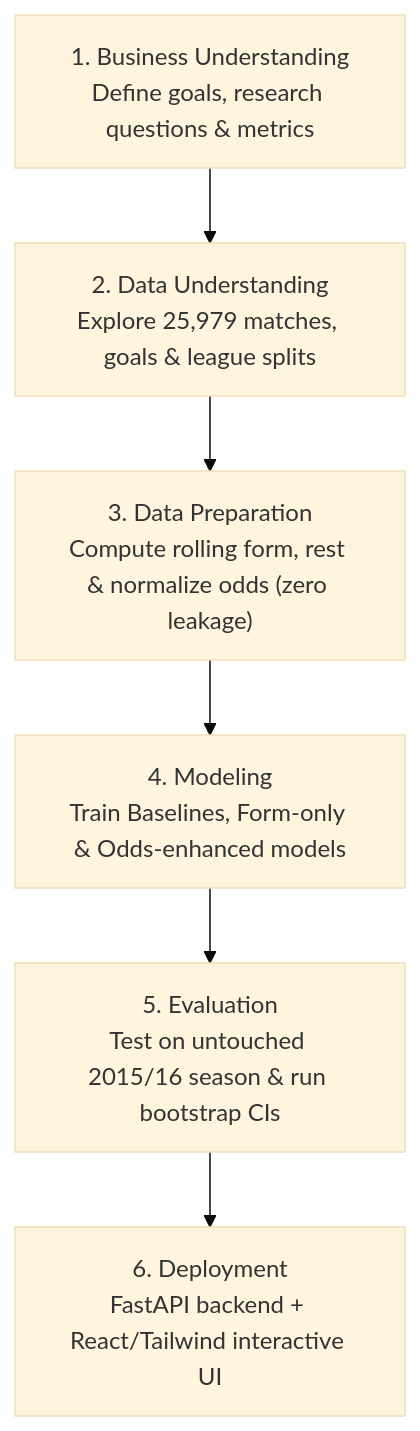
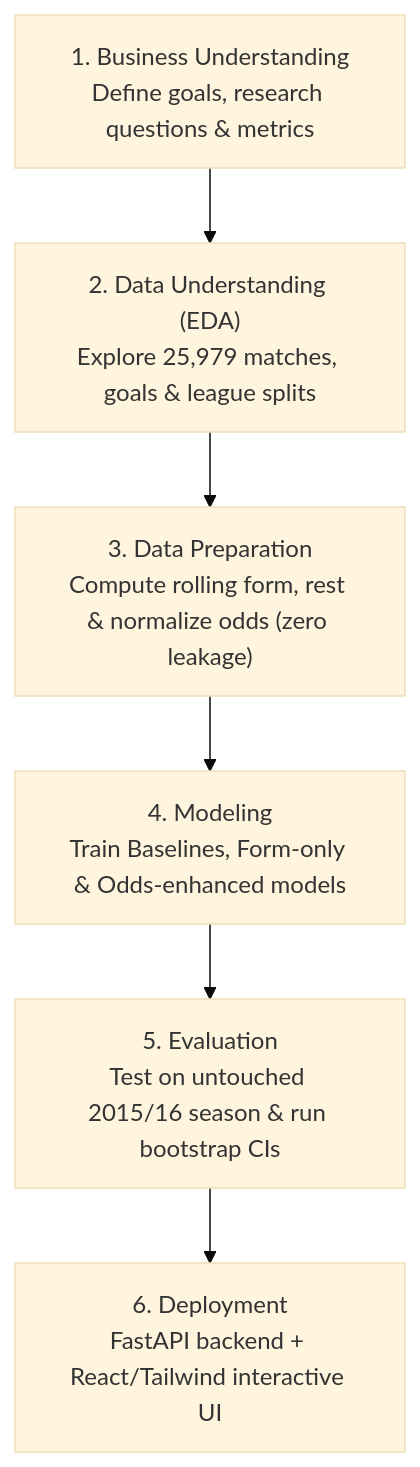
Before and after one commit to isaackimmi/cmpe-255-assignment-1-pt-1-iteration-3: the diagram in EXPLANATION.md, drawn with Mermaid (base theme). The commit also changed other lines of this file and 4 other files, not shown here.

````diff
--- a/EXPLANATION.md
+++ b/EXPLANATION.md
@@ -17,8 +17,8 @@
 ```mermaid
 flowchart TD
-    BU["1. Business Understanding<br>Define goals, research questions & metrics"] --> DU["2. Data Understanding<br>Explore 25,979 matches, goals & league splits"]
+    BU["1. Business Understanding<br>Define goals, research questions & metrics"] --> DU["2. Data Understanding (EDA)<br>Explore 25,979 matches, goals & league splits"]
     DU --> DP["3. Data Preparation<br>Compute rolling form, rest & normalize odds (zero leakage)"]
     DP --> M["4. Modeling<br>Train Baselines, Form-only & Odds-enhanced models"]
     M --> E["5. Evaluation<br>Test on untouched 2015/16 season & run bootstrap CIs"]
     E --> D["6. Deployment<br>FastAPI backend + React/Tailwind interactive UI"]
 ```
````
